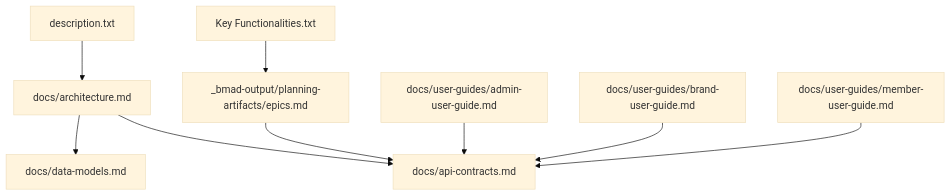
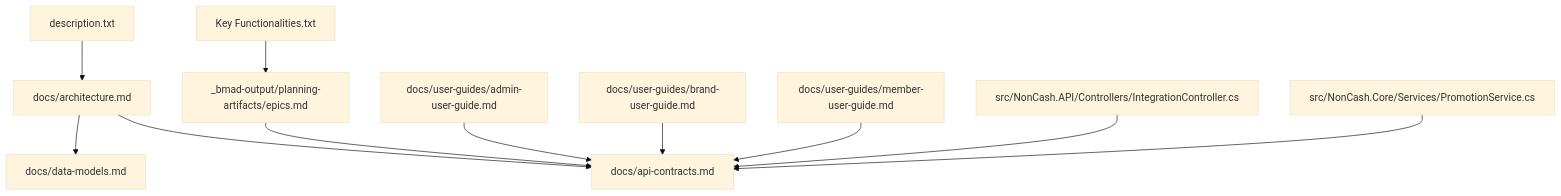
The first of 8 diagrams in .qoder/repowiki/en/content/API Contracts and Integration/Integration Partner Management.md (lamhongbac/NonCash), drawn with Mermaid (base theme) before and after one commit. The commit also changed other lines of this file and 53 other files, not shown here.

````diff
--- a/.qoder/repowiki/en/content/API Contracts and Integration/Integration Partner Management.md
+++ b/.qoder/repowiki/en/content/API Contracts and Integration/Integration Partner Management.md
@@ -40,11 +54,13 @@
 ```mermaid
 graph TB
 A["docs/architecture.md"] --> B["docs/api-contracts.md"]
 A --> C["docs/data-models.md"]
 D["_bmad-output/planning-artifacts/epics.md"] --> B
 E["docs/user-guides/admin-user-guide.md"] --> B
 F["docs/user-guides/brand-user-guide.md"] --> B
 G["docs/user-guides/member-user-guide.md"] --> B
 H["description.txt"] --> A
 I["Key Functionalities.txt"] --> D
+J["src/NonCash.API/Controllers/IntegrationController.cs"] --> B
+K["src/NonCash.Core/Services/PromotionService.cs"] --> B
 ```
````
